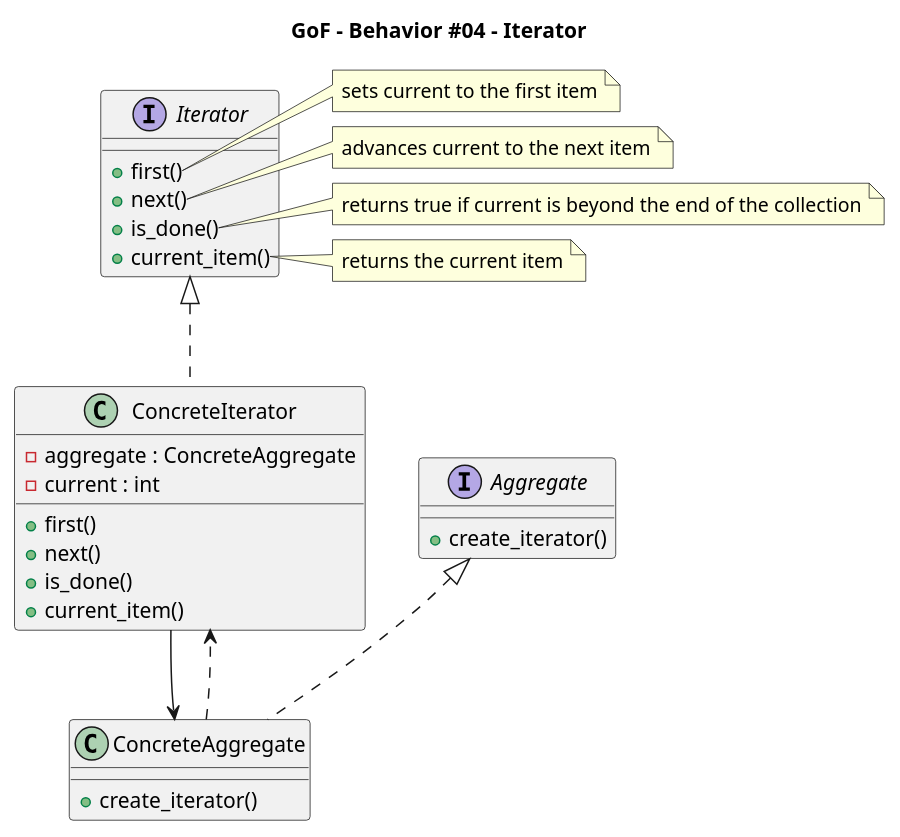
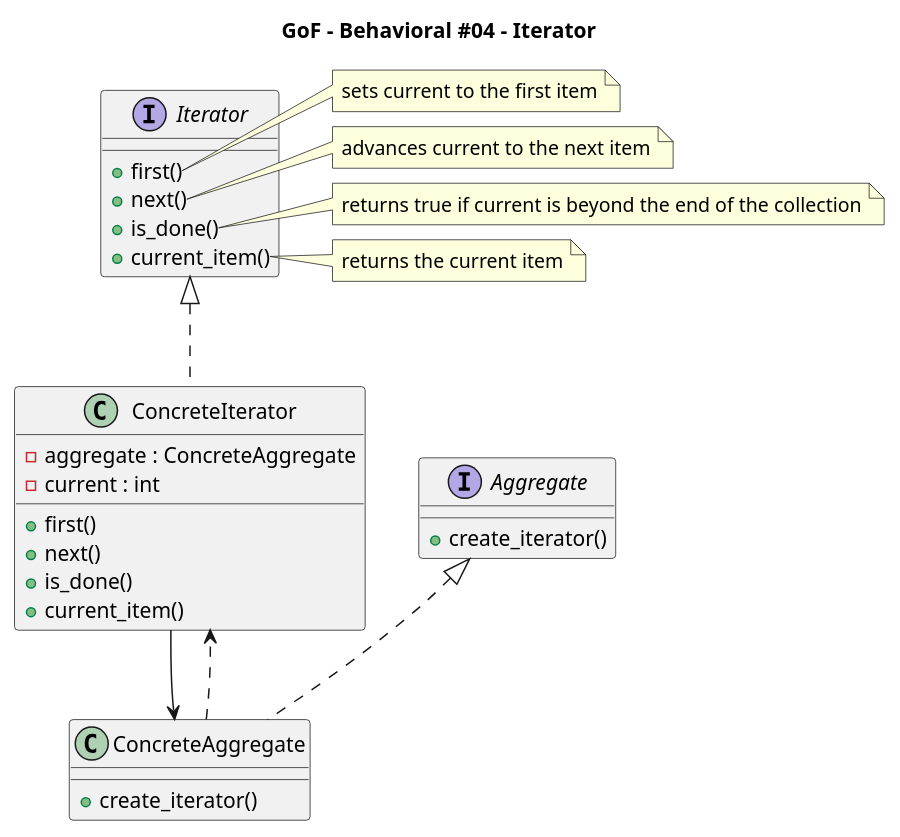
The diagram in GoF/GoF_be04_iterator.puml (Takayoshi-Matsuyama/design_patterns), drawn with PlantUML before and after one commit. The commit also changed 36 other files, not shown here.

Commit message:
GoF - Class Diagrams

```diff
--- a/GoF/GoF_be04_iterator.puml
+++ b/GoF/GoF_be04_iterator.puml
@@ -1,63 +1,63 @@
 @startuml gof_iterator
 
 'Copyright 2026 Takayoshi Matsuyama
 '
 'Licensed under the Apache License, Version 2.0 (the "License");
 'you may not use this file except in compliance with the License.
 'You may obtain a copy of the License at
 '
 '    http://www.apache.org/licenses/LICENSE-2.0
 '
 'Unless required by applicable law or agreed to in writing, software
 'distributed under the License is distributed on an "AS IS" BASIS,
 'WITHOUT WARRANTIES OR CONDITIONS OF ANY KIND, either express or implied.
 'See the License for the specific language governing permissions and
 'limitations under the License.
 
-title GoF - Behavior #04 - Iterator
+title GoF - Behavioral #04 - Iterator
 
 interface Aggregate {
     +create_iterator()
 }
 
 class ConcreteAggregate {
     +create_iterator()
 }
 
 Aggregate <|.. ConcreteAggregate
 
 interface Iterator {
     +first()
     +next()
     +is_done()
     +current_item()
 }
 
 note right of Iterator::first
     sets current to the first item
 end note
 note right of Iterator::next
     advances current to the next item
 end note
 note right of Iterator::is_done
     returns true if current is beyond the end of the collection
 end note
 note right of Iterator::current_item
     returns the current item
 end note
 
 class ConcreteIterator {
     -aggregate : ConcreteAggregate
     -current : int
     +first()
     +next()
     +is_done()
     +current_item()
 }
 
 Iterator <|.. ConcreteIterator
 
 ConcreteAggregate ..> ConcreteIterator
 ConcreteIterator --> ConcreteAggregate
 
 @enduml
```
